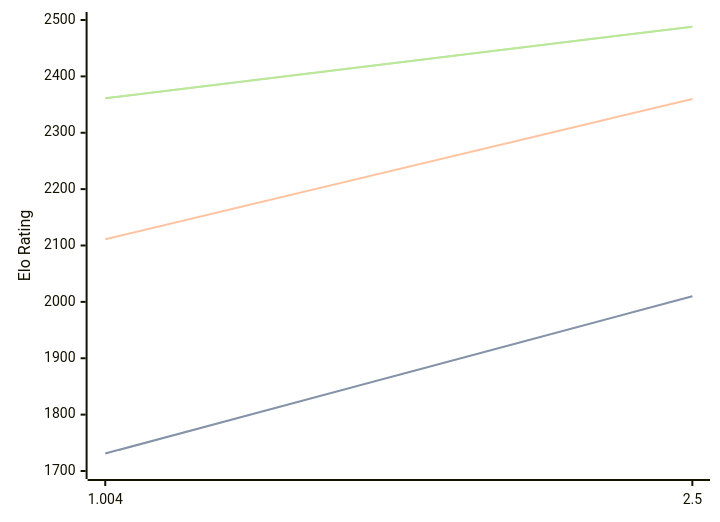
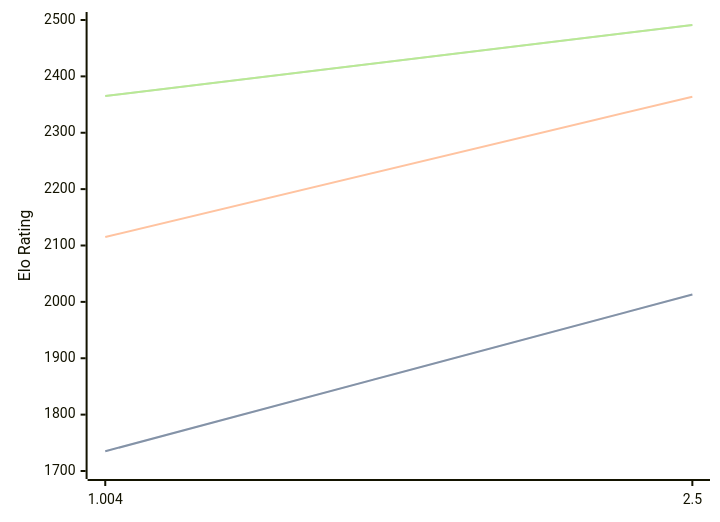
One commit to computer-chess-index/cci changed the diagram in engines/Ares.md. Above: the diagram before and after it, drawn with Mermaid. The commit also changed other lines of this file, not shown here.

Commit message:
Update CCI Ratings (ELO VLTC) - 2026-05-02

````diff
--- a/engines/Ares.md
+++ b/engines/Ares.md
@@ -32,11 +32,11 @@
 ```mermaid
 %%{init: {"theme":"base","themeVariables":{"seriesColors:['#a3a3a3','#222221','#faa371']}}}%%
 xychart-beta
   x-axis ["1.004", "2.5"]
   y-axis "Elo Rating" 1700 --> 2500
-  line "STC (8.0+0.08s)" [1731, 2010]
-  line "STC (8.0+0.08s)" [1731, 2010]
-  line "LTC (60.0+0.60s)" [2111, 2360]
-  line "VLTC (2m24s+1.12s)" [2361, 2488]
-  line "VLTC (2m24s+1.12s)" [2361, 2488]
+  line "STC (8.0+0.08s)" [1735, 2013]
+  line "STC (8.0+0.08s)" [1735, 2013]
+  line "LTC (60.0+0.60s)" [2115, 2364]
+  line "VLTC (2m24s+1.12s)" [2365, 2491]
+  line "VLTC (2m24s+1.12s)" [2365, 2491]
 ```
````
